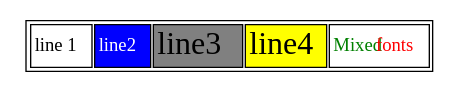
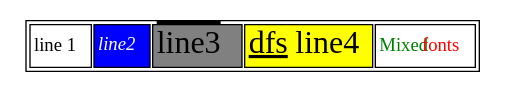
One commit to nadavrot/layout changed the diagram in inputs/html_font.dot. Above: the diagram before and after it, drawn with Graphviz. The commit also changed 3 other files, not shown here.

```diff
--- a/inputs/html_font.dot
+++ b/inputs/html_font.dot
@@ -1,20 +1,20 @@
 digraph structs {
     node [shape=plaintext];
 
     struct1 [label=<<TABLE>
 			<TR>
         <TD>line 1</TD>
-        <TD BGCOLOR="blue"><FONT COLOR="white">line2</FONT></TD>
-        <TD BGCOLOR="gray"><FONT POINT-SIZE="24.0">line3</FONT></TD>
-        <TD BGCOLOR="yellow"><FONT POINT-SIZE="24.0" FACE="ambrosia">line4</FONT></TD>
+        <TD BGCOLOR="blue"><I><FONT COLOR="white">line2</FONT></I></TD>
+        <TD BGCOLOR="gray"><FONT POINT-SIZE="24.0"><O>line3</O></FONT></TD>
+        <TD BGCOLOR="yellow"><FONT POINT-SIZE="24.0" FACE="ambrosia"><U>dfs<S>line4</S></U></FONT></TD>
         <TD>
           <TABLE CELLPADDING="0" BORDER="0" CELLSPACING="0">
 						<TR>
 							<TD><FONT COLOR="green" FACE="Cursive">Mixed</FONT></TD>
 							<TD><FONT COLOR="red">fonts</FONT></TD>
 						</TR>
           </TABLE>
         </TD>
       </TR>
     </TABLE>>];
 }
```
